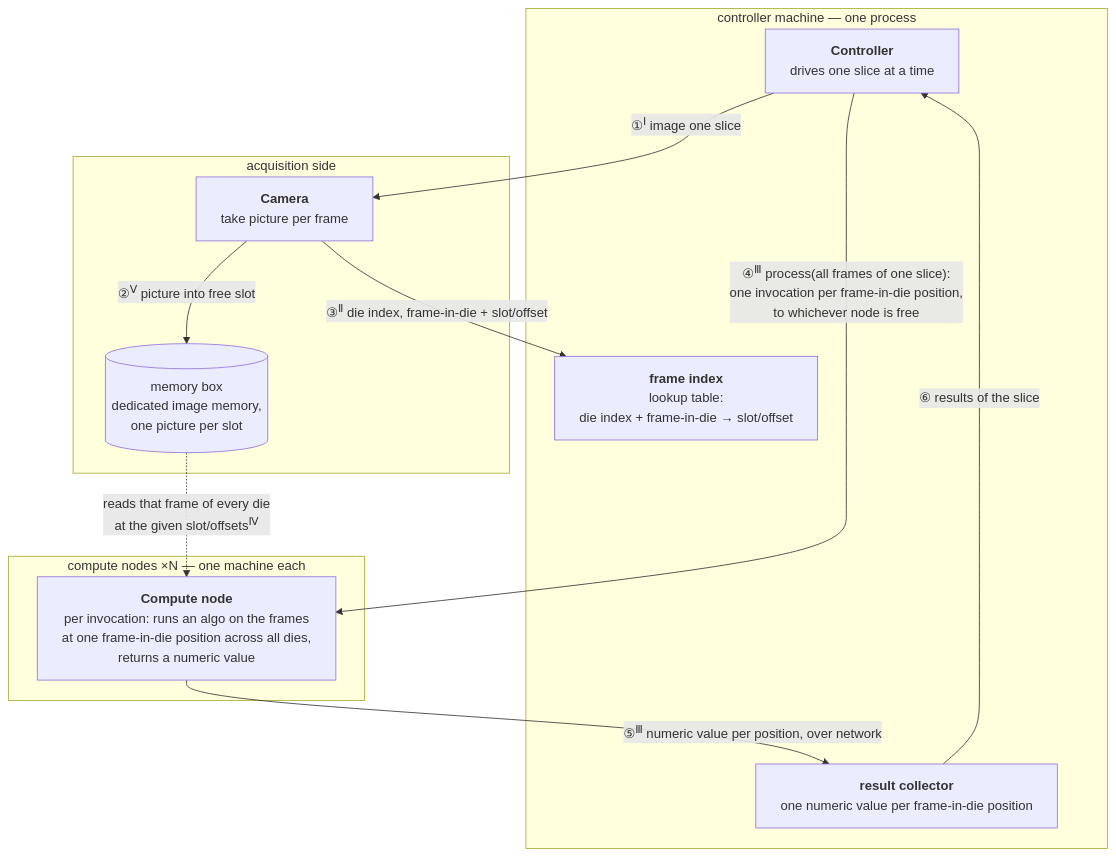
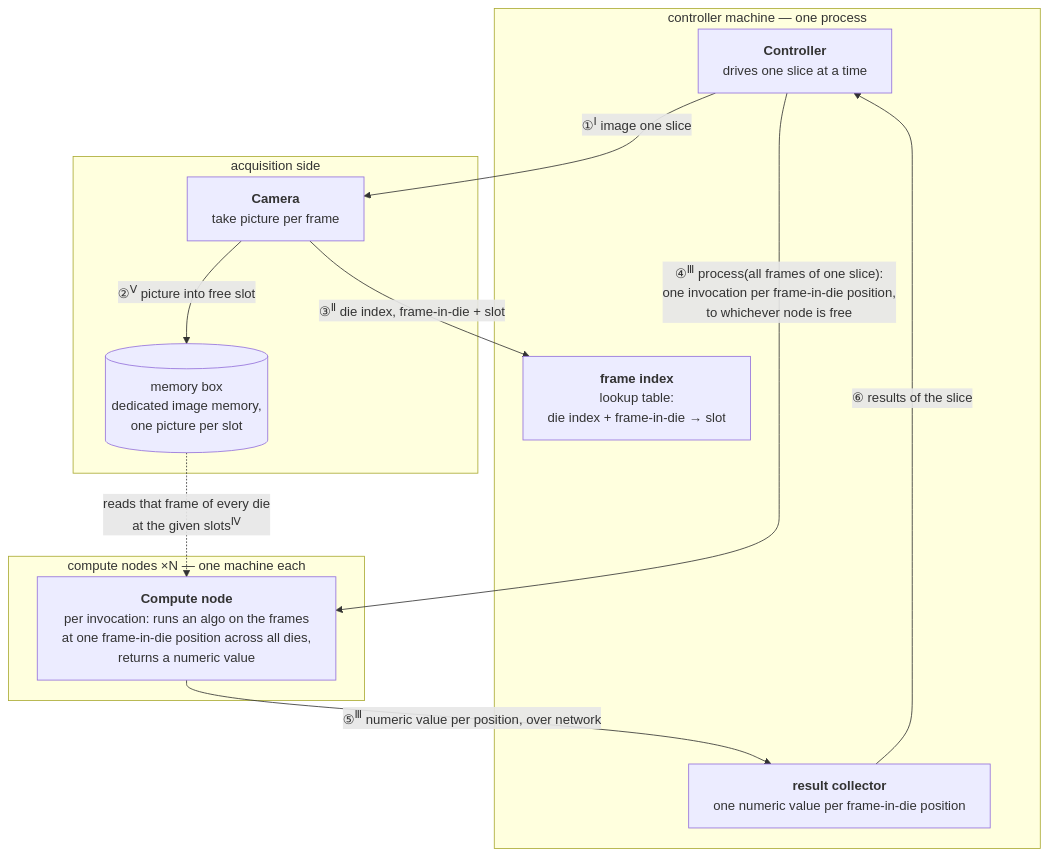
The first of 2 diagrams in README.md (erancha/algorithm-controller), drawn with Mermaid before and after one commit. The commit also changed other lines of this file, not shown here.

First line of the commit message:
Unify README terminology on "slot", noting "offset" as an alias once

````diff
--- a/README.md
+++ b/README.md
@@ -54,23 +52,23 @@
 ```mermaid
 %%{init: {"flowchart": {"wrappingWidth": 400}}}%%
 flowchart TB
     subgraph CTRLM[controller machine — one process]
         CTRL[<b>Controller</b><br/>drives one slice at a time]
-        IDX[<b>frame index</b><br/>lookup table:<br/>die index + frame-in-die → slot/offset]
+        IDX[<b>frame index</b><br/>lookup table:<br/>die index + frame-in-die → slot]
         AGG[<b>result collector</b><br/>one numeric value per frame-in-die position]
     end
     subgraph ACQ[acquisition side]
         CAM[<b>Camera</b><br/>take picture per frame]
         MB[(memory box<br/>dedicated image memory,<br/>one picture per slot)]
         CAM -- ②<sup>Ⅴ</sup>&nbsp;picture&nbsp;into&nbsp;free&nbsp;slot --> MB
     end
     subgraph NODES[compute nodes ×N — one machine each]
         CN[<b>Compute node</b><br/>per invocation: runs an algo on the frames<br/>at one frame-in-die position across all dies,<br/>returns a numeric value]
     end
     CTRL -- ①<sup>Ⅰ</sup> image one slice --> CAM
-    CAM -- ③<sup>Ⅱ</sup>&nbsp;die&nbsp;index,&nbsp;frame#8209;in#8209;die&nbsp;+&nbsp;slot/offset --> IDX
+    CAM -- ③<sup>Ⅱ</sup>&nbsp;die&nbsp;index,&nbsp;frame#8209;in#8209;die&nbsp;+&nbsp;slot --> IDX
     CTRL -- "④<sup>Ⅲ</sup>&nbsp;process(all&nbsp;frames&nbsp;of&nbsp;one&nbsp;slice):<br/>one&nbsp;invocation&nbsp;per&nbsp;frame#8209;in#8209;die&nbsp;position,<br/>to&nbsp;whichever&nbsp;node&nbsp;is&nbsp;free" --> CN
-    MB -. reads&nbsp;that&nbsp;frame&nbsp;of&nbsp;every&nbsp;die<br/>at&nbsp;the&nbsp;given&nbsp;slot/offsets<sup>Ⅳ</sup> .-> CN
+    MB -. reads&nbsp;that&nbsp;frame&nbsp;of&nbsp;every&nbsp;die<br/>at&nbsp;the&nbsp;given&nbsp;slots<sup>Ⅳ</sup> .-> CN
     CN -- ⑤<sup>Ⅲ</sup>&nbsp;numeric&nbsp;value&nbsp;per&nbsp;position,&nbsp;over&nbsp;network --> AGG
     AGG -- ⑥ results of the slice --> CTRL
 ```
````
